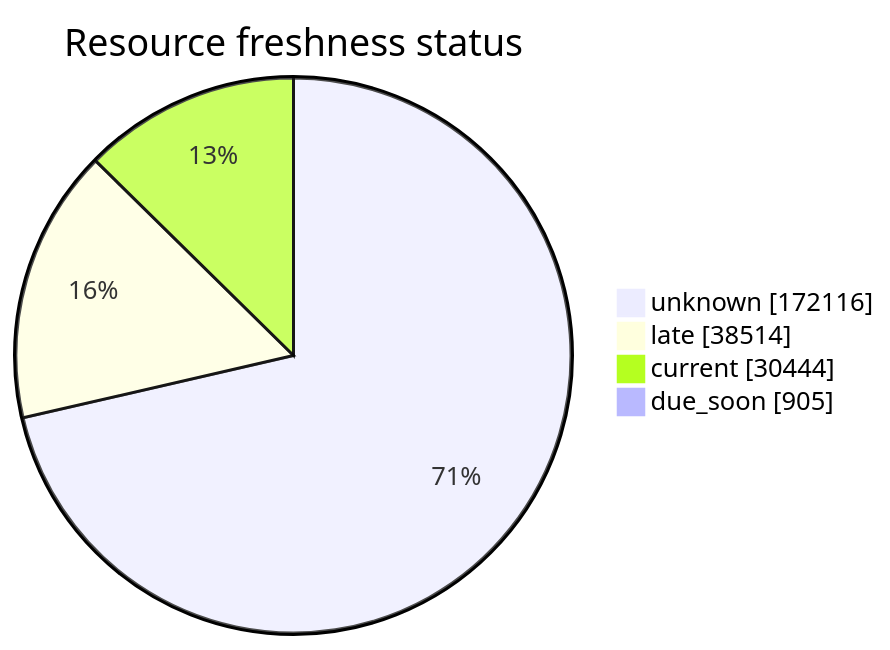
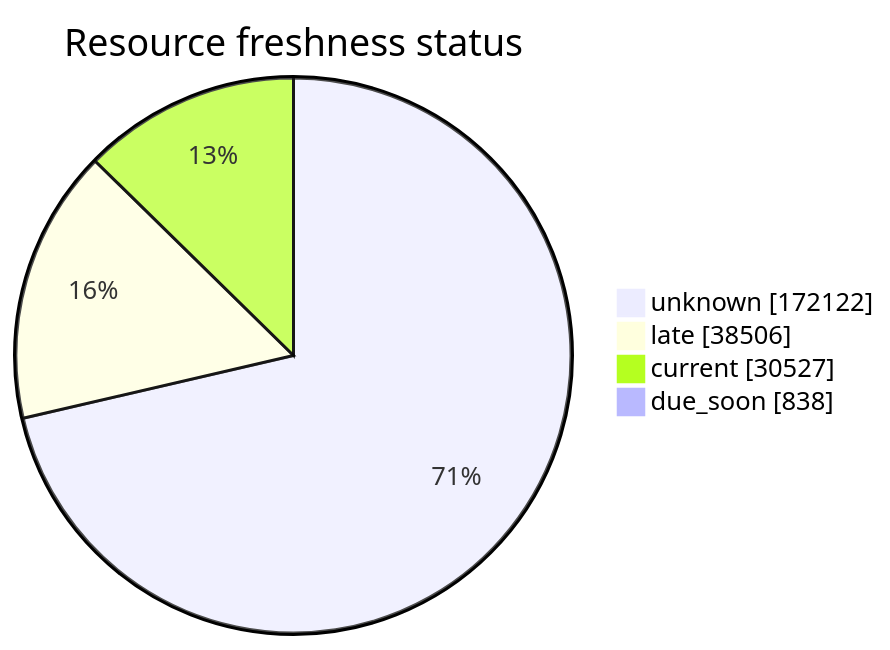
One commit to open-data/analytics-corporate-reporting changed the third of 5 diagrams in FreshCheck/README.md. Above: the diagram before and after it, drawn with Mermaid. The commit also changed other lines of this file and 3 other files, not shown here.

````diff
--- a/FreshCheck/README.md
+++ b/FreshCheck/README.md
@@ -77,7 +77,7 @@
 ```mermaid
 pie showData title Resource freshness status
-    "unknown": 172116
-    "late": 38514
-    "current": 30444
-    "due_soon": 905
+    "unknown": 172122
+    "late": 38506
+    "current": 30527
+    "due_soon": 838
 ```
````
